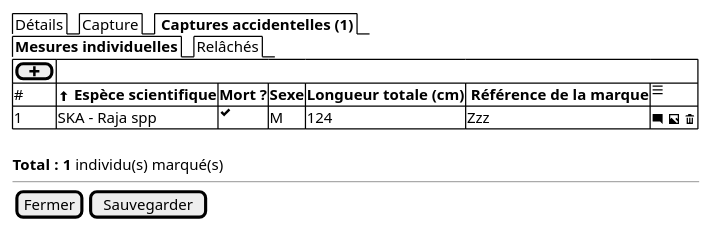
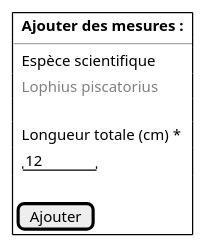
One commit to sumaris-net/sumaris-doc changed the diagram in projects/obsmer/spe/images/batch/batch-accident-measures.puml. Above: the diagram before and after it, drawn with PlantUML. The commit also changed 18 other files, not shown here.

```diff
--- a/projects/obsmer/spe/images/batch/batch-accident-measures.puml
+++ b/projects/obsmer/spe/images/batch/batch-accident-measures.puml
@@ -1,20 +1,15 @@
-@startsalt
+<@startsalt
 {
-
-  {/  Détails | Capture | <b> Captures accidentelles (1) }
-  {/  <b>Mesures individuelles | Relâchés }
-
-	{#
-      [ <&plus>]
-      # | <&arrow-thick-top> <b>Espèce scientifique | <b>Mort ?     | <b>Sexe   | <b>Longueur totale (cm) | <b> Référence de la marque | <&menu>
-      1 | SKA - Raja spp | <&check>                | M | 124 | Zzz | <&comment-square> <&image> <&trash>
+  {+
+    { | . |  <b>Ajouter des mesures :  | . }
+    --
+    { | . | Espèce scientifique   | . }
+    { | . | <color:grey>Lophius piscatorius   | .  }
+    .
+    { | . | Longueur totale (cm) * | .  }
+    { | . | "   12  "  }
+    .
+    { [Ajouter] }
     }
-    .
-    <b>Total : 1</b> individu(s) marqué(s)
-  --
-
-  {
-    [Fermer] | [Sauvegarder]
-  }
-}
+ }
 @endsalt
```
